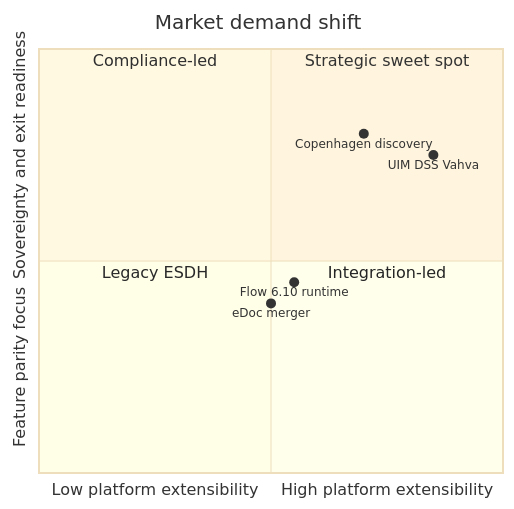
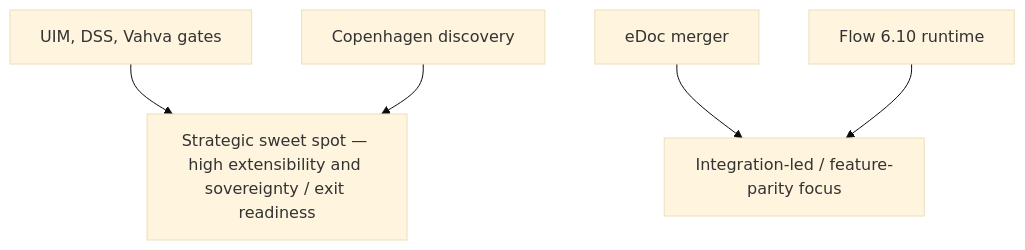
Before and after one commit to mortenwj/PM_productivity: the first of 2 diagrams in docs/product-strategy/team-objectives-strategy-brief-2026.md, drawn with Mermaid (base theme). The commit also changed other lines of this file and 5 other files, not shown here.

````diff
--- a/docs/product-strategy/team-objectives-strategy-brief-2026.md
+++ b/docs/product-strategy/team-objectives-strategy-brief-2026.md
@@ -236,14 +238,12 @@
 ```mermaid
-quadrantChart
-    title Market demand shift
-    x-axis Low platform extensibility --> High platform extensibility
-    y-axis Feature parity focus --> Sovereignty and exit readiness
-    quadrant-1 Strategic sweet spot
-    quadrant-2 Compliance-led
-    quadrant-3 Legacy ESDH
-    quadrant-4 Integration-led
-    UIM DSS Vahva: [0.85, 0.75]
-    Copenhagen discovery: [0.7, 0.8]
-    eDoc merger: [0.5, 0.4]
-    Flow 6.10 runtime: [0.55, 0.45]
+flowchart TB
+    sweet["Strategic sweet spot — high extensibility and sovereignty / exit readiness"]
+    UIM["UIM, DSS, Vahva gates"]
+    CPH["Copenhagen discovery"]
+    EDOC["eDoc merger"]
+    FLOW["Flow 6.10 runtime"]
+    UIM --> sweet
+    CPH --> sweet
+    EDOC --> integration["Integration-led / feature-parity focus"]
+    FLOW --> integration
 ```
````
